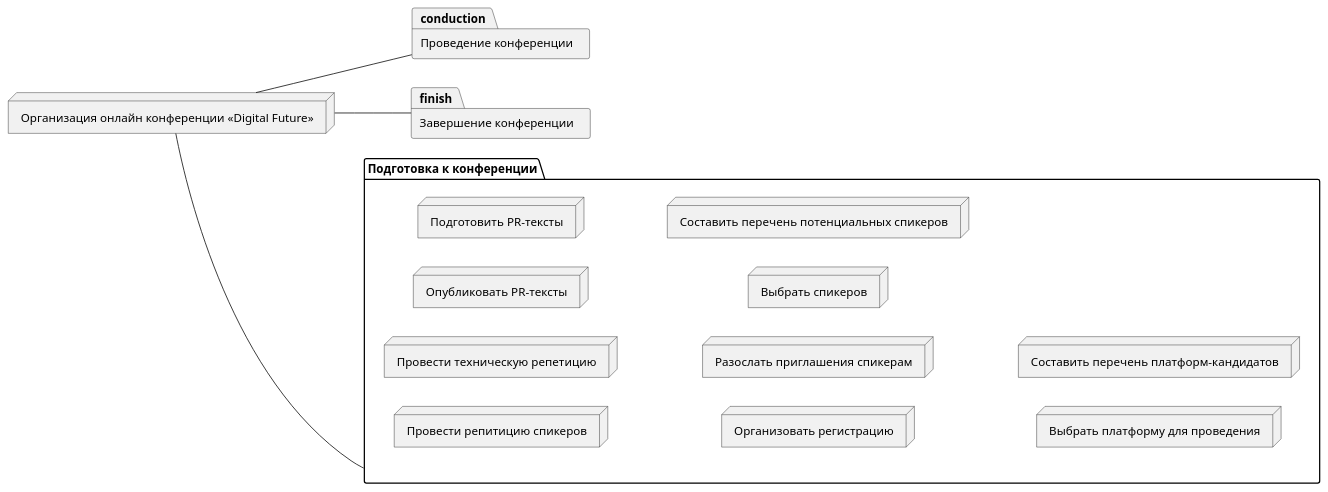
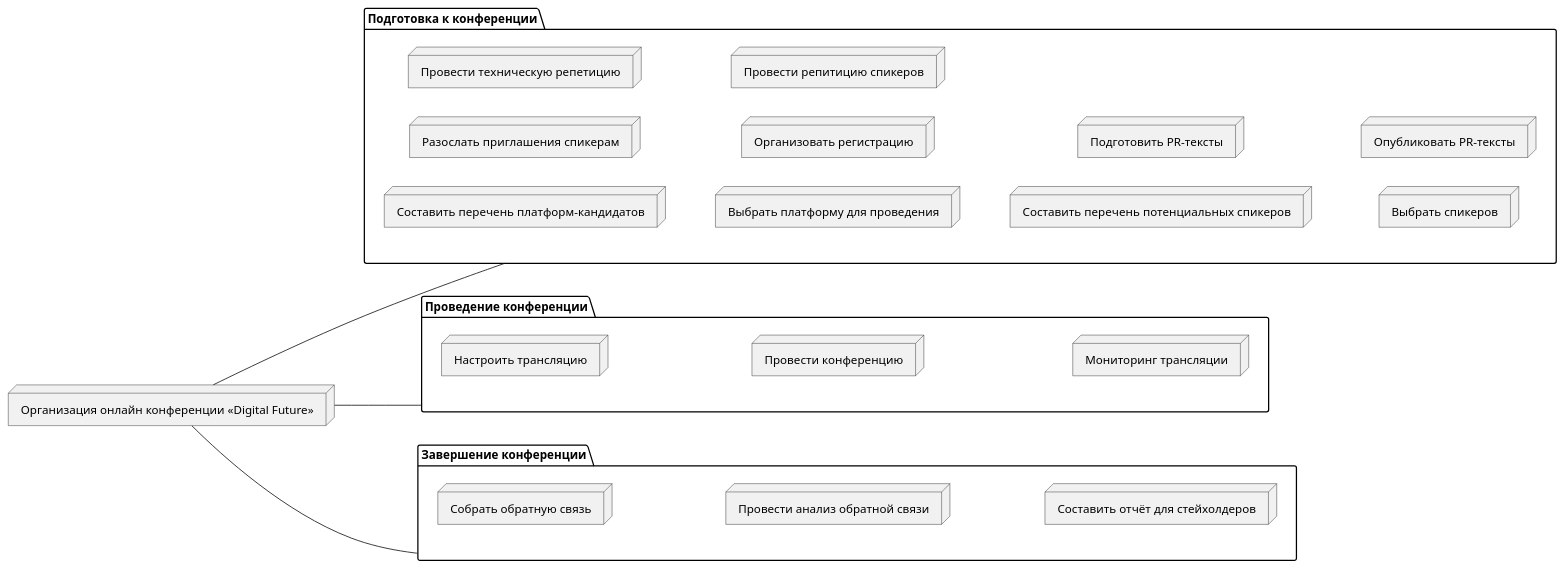
One commit to eoan-ermine/it_management_practices_5 changed the diagram in keys-2-organizaciya-onlayn-konferencii-digital.puml. Above: the diagram before and after it, drawn with PlantUML. The commit also changed 1 other file, not shown here.

```diff
--- a/keys-2-organizaciya-onlayn-konferencii-digital.puml
+++ b/keys-2-organizaciya-onlayn-konferencii-digital.puml
@@ -1,40 +1,62 @@
 @startuml
 left to right direction
 
 node "Организация онлайн конференции «Digital Future»" as root
 
 package "Подготовка к конференции" as preparation {
     node "Провести репитицию спикеров" as speakers_repitition
 
     node "Провести техническую репетицию" as tech_repetition
 
     node "Опубликовать PR-тексты" as texts_publication
 
     node "Подготовить PR-тексты" as texts_preparation
 
     node "Организовать регистрацию" as registration
 
-    node "Разослать приглашения спикерам"
+    node "Разослать приглашения спикерам" as speakers_invite
 
-    node "Выбрать спикеров"
+    node "Выбрать спикеров" as speakers
 
-    node "Составить перечень потенциальных спикеров"
+    node "Составить перечень потенциальных спикеров" as speakers_candidates
 
     node "Выбрать платформу для проведения" as platform
 
     node "Составить перечень платформ-кандидатов" as platfrom_list
 }
 
+platfrom_list -[hidden]- platform
+platform -[hidden]- speakers_candidates
+speakers_candidates -[hidden]- speakers
+
+speakers_invite -[hidden]- registration
+registration -[hidden]- texts_preparation
+texts_preparation -[hidden]- texts_publication
+
+tech_repetition -[hidden]- speakers_repitition
+
 root -- preparation
 
 package "Проведение конференции" as conduction {
+    node "Провести конференцию" as conference_conduction
+    node "Настроить трансляцию" as translation_setting
+    node "Мониторинг трансляции" as monitoring
 }
+
+translation_setting -[hidden]- conference_conduction
+conference_conduction -[hidden]- monitoring
 
 root -- conduction
 
 package "Завершение конференции" as finish {
+    node "Собрать обратную связь" as feedback_collection
+    node "Провести анализ обратной связи" as feedback_analysis
+    node "Составить отчёт для стейхолдеров" as report
 }
+
+feedback_collection -[hidden]- feedback_analysis
+feedback_analysis -[hidden]- report
 
 root -- finish
 
 @enduml
```
